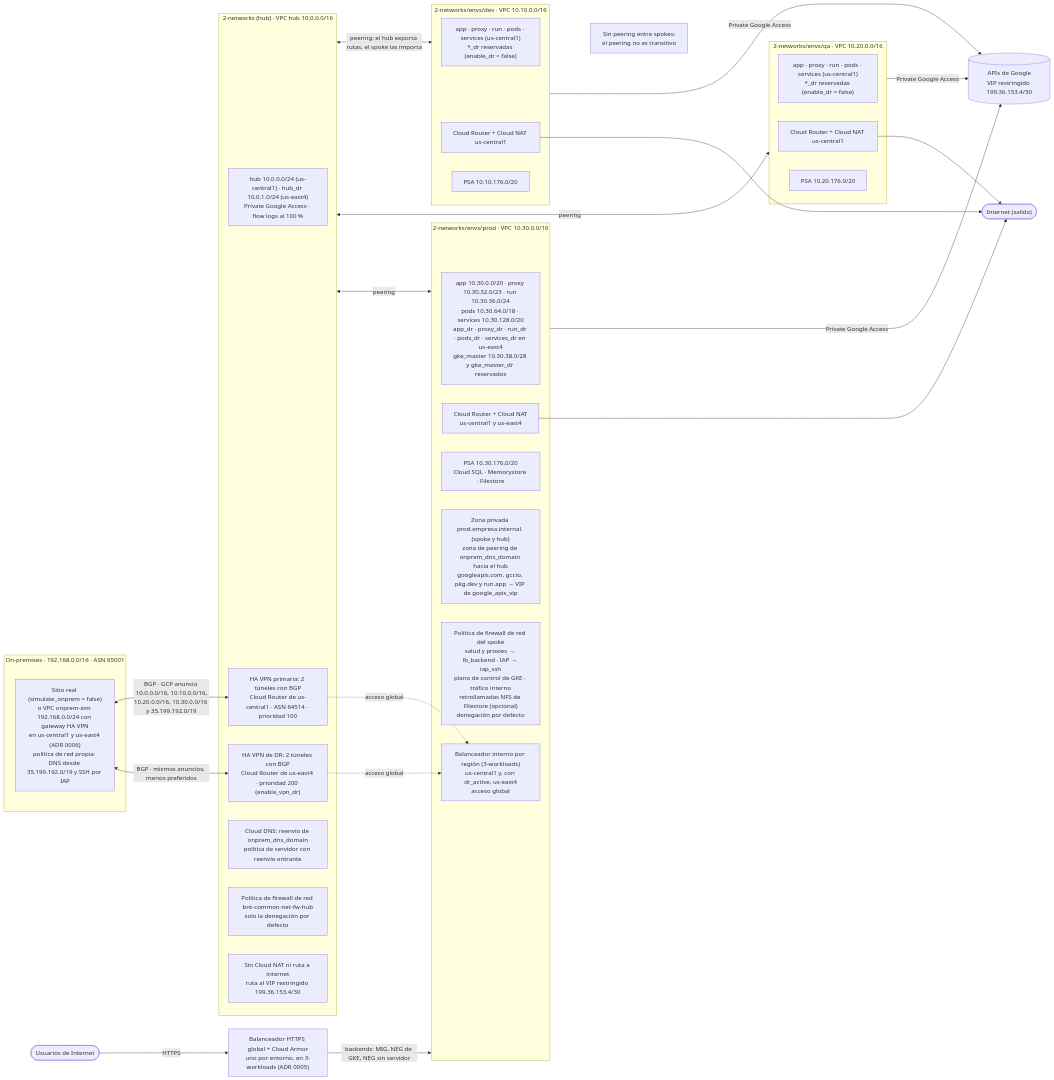
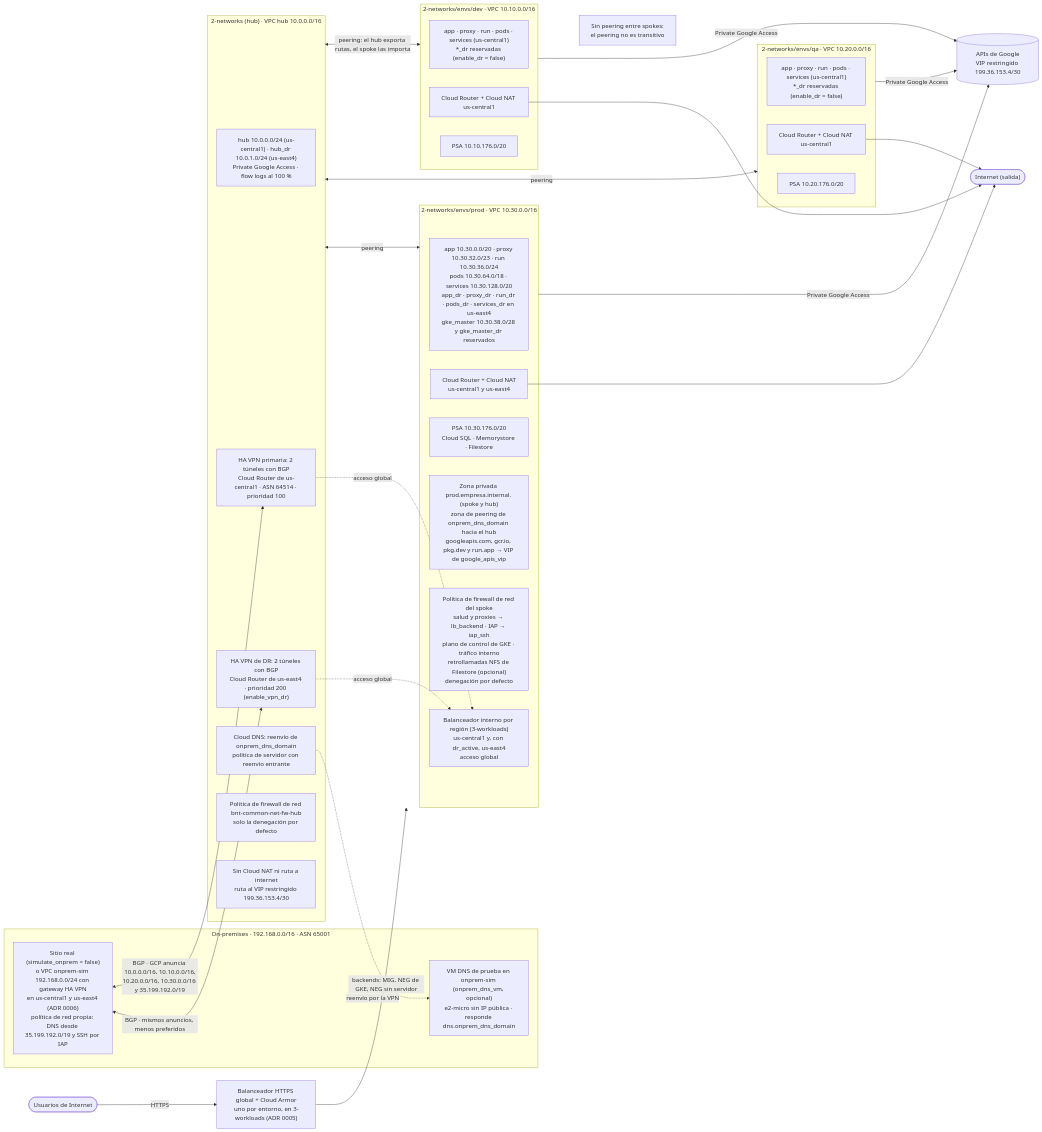
The diagram in gcp-datacenter/docs/diagramas/02-red-y-conectividad.md (jadrianlg16/reto-banorte-gcp-terraform), drawn with Mermaid before and after one commit. The commit also changed other lines of this file and 28 other files, not shown here.

Commit message:
R3 conciliación: README, pruebas, políticas y módulos con el código final; diagramas 02, 04 y 05 regenerados (VM DNS, cuentas de ejecución de 1-base, WIF desde main); plan de rediseño con R0 a R3 hechos y 131 marcadores

````diff
--- a/gcp-datacenter/docs/diagramas/02-red-y-conectividad.md
+++ b/gcp-datacenter/docs/diagramas/02-red-y-conectividad.md
@@ -13,64 +13,66 @@
 ```mermaid
 flowchart LR
   users(["Usuarios de Internet"])
   xlb["Balanceador HTTPS global + Cloud Armor<br/>uno por entorno, en 3-workloads (ADR 0005)"]
   users -- "HTTPS" --> xlb
 
   subgraph ONP["On-premises · 192.168.0.0/16 · ASN 65001"]
     onp["Sitio real (simulate_onprem = false)<br/>o VPC onprem-sim 192.168.0.0/24 con gateway HA VPN<br/>en us-central1 y us-east4 (ADR 0006)<br/>política de red propia: DNS desde 35.199.192.0/19 y SSH por IAP"]
+    onpdns["VM DNS de prueba en onprem-sim (onprem_dns_vm, opcional)<br/>e2-micro sin IP pública · responde dns.onprem_dns_domain"]
   end
 
   subgraph HUB["2-networks (hub) · VPC hub 10.0.0.0/16"]
     hsub["hub 10.0.0.0/24 (us-central1) · hub_dr 10.0.1.0/24 (us-east4)<br/>Private Google Access · flow logs al 100 %"]
     hvpn["HA VPN primaria: 2 túneles con BGP<br/>Cloud Router de us-central1 · ASN 64514 · prioridad 100"]
     hvpndr["HA VPN de DR: 2 túneles con BGP<br/>Cloud Router de us-east4 · prioridad 200 (enable_vpn_dr)"]
     hdns["Cloud DNS: reenvío de onprem_dns_domain<br/>política de servidor con reenvío entrante"]
     hfw["Política de firewall de red bnt-common-net-fw-hub<br/>solo la denegación por defecto"]
     hroute["Sin Cloud NAT ni ruta a internet<br/>ruta al VIP restringido 199.36.153.4/30"]
   end
 
   onp <-- "BGP · GCP anuncia 10.0.0.0/16, 10.10.0.0/16,<br/>10.20.0.0/16, 10.30.0.0/16 y 35.199.192.0/19" --> hvpn
   onp <-- "BGP · mismos anuncios, menos preferidos" --> hvpndr
+  hdns -. "reenvío por la VPN" .-> onpdns
 
   subgraph DEV["2-networks/envs/dev · VPC 10.10.0.0/16"]
     dsub["app · proxy · run · pods · services (us-central1)<br/>*_dr reservadas (enable_dr = false)"]
     dnat["Cloud Router + Cloud NAT us-central1"]
     dpsa["PSA 10.10.176.0/20"]
   end
 
   subgraph QA["2-networks/envs/qa · VPC 10.20.0.0/16"]
     qsub["app · proxy · run · pods · services (us-central1)<br/>*_dr reservadas (enable_dr = false)"]
     qnat["Cloud Router + Cloud NAT us-central1"]
     qpsa["PSA 10.20.176.0/20"]
   end
 
   subgraph PROD["2-networks/envs/prod · VPC 10.30.0.0/16"]
     psub["app 10.30.0.0/20 · proxy 10.30.32.0/23 · run 10.30.36.0/24<br/>pods 10.30.64.0/18 · services 10.30.128.0/20<br/>app_dr · proxy_dr · run_dr · pods_dr · services_dr en us-east4<br/>gke_master 10.30.38.0/28 y gke_master_dr reservados"]
     pnat["Cloud Router + Cloud NAT<br/>us-central1 y us-east4"]
     ppsa["PSA 10.30.176.0/20<br/>Cloud SQL · Memorystore · Filestore"]
     pdns["Zona privada prod.empresa.internal. (spoke y hub)<br/>zona de peering de onprem_dns_domain hacia el hub<br/>googleapis.com, gcr.io, pkg.dev y run.app → VIP de google_apis_vip"]
     pfw["Política de firewall de red del spoke<br/>salud y proxies → lb_backend · IAP → iap_ssh<br/>plano de control de GKE · tráfico interno<br/>retrollamadas NFS de Filestore (opcional)<br/>denegación por defecto"]
     pilb["Balanceador interno por región (3-workloads)<br/>us-central1 y, con dr_active, us-east4<br/>acceso global"]
   end
 
   hvpn -. "acceso global" .-> pilb
   hvpndr -. "acceso global" .-> pilb
 
   HUB <-- "peering: el hub exporta rutas, el spoke las importa" --> DEV
   HUB <-- "peering" --> QA
   HUB <-- "peering" --> PROD
   nopeer["Sin peering entre spokes:<br/>el peering no es transitivo"]
   DEV ~~~ nopeer ~~~ QA
 
   xlb -- "backends: MIG, NEG de GKE, NEG sin servidor" --> PROD
 
   egress(["Internet (salida)"])
   dnat --> egress
   qnat --> egress
   pnat --> egress
 
   gapis[("APIs de Google<br/>VIP restringido 199.36.153.4/30")]
   DEV -- "Private Google Access" --> gapis
   QA -- "Private Google Access" --> gapis
   PROD -- "Private Google Access" --> gapis
 ```
````
